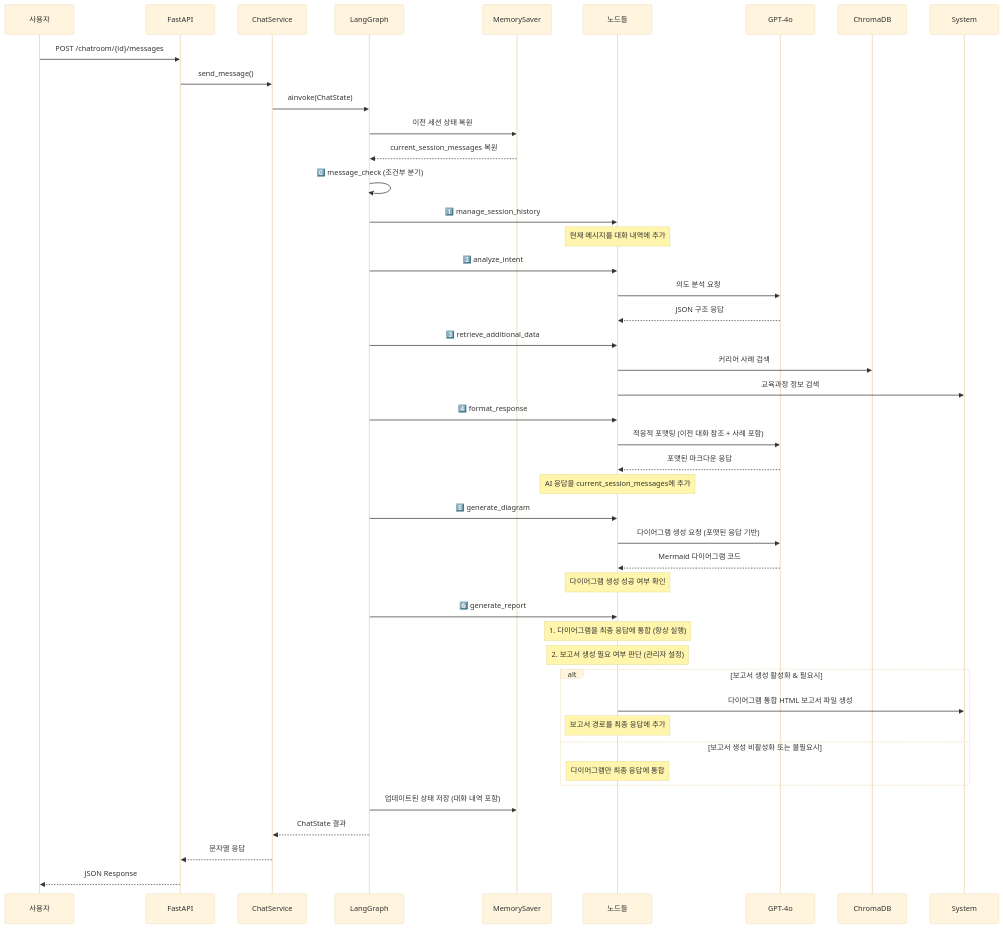
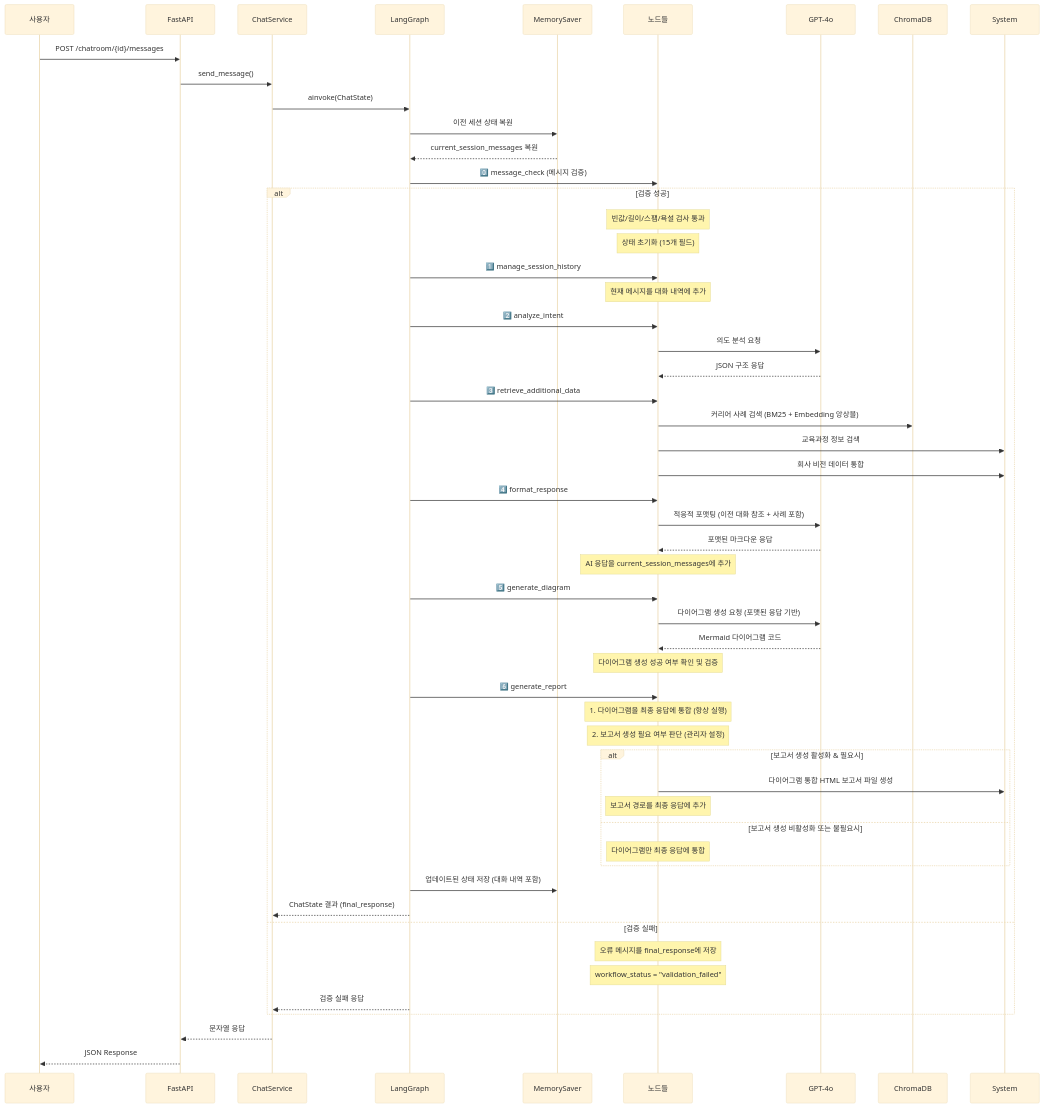
Before and after one commit to SK4toB/g-navi-ai-api: the third of 3 diagrams in README.md, drawn with Mermaid (base theme). The commit also changed other lines of this file and 2 other files, not shown here.

````diff
--- a/README.md
+++ b/README.md
@@ -227,55 +246,66 @@
 ```mermaid
 sequenceDiagram
     participant User as 사용자
     participant API as FastAPI
     participant Service as ChatService
     participant Graph as LangGraph
     participant MemorySaver as MemorySaver
     participant Nodes as 노드들
     participant LLM as GPT-4o
     
     User->>API: POST /chatroom/{id}/messages
     API->>Service: send_message()
     Service->>Graph: ainvoke(ChatState)
     
     Graph->>MemorySaver: 이전 세션 상태 복원
     MemorySaver-->>Graph: current_session_messages 복원
     
-    Graph->>Graph: 0️⃣ message_check (조건부 분기)
-    
-    Graph->>Nodes: 1️⃣ manage_session_history
-    Note over Nodes: 현재 메시지를 대화 내역에 추가
-    
-    Graph->>Nodes: 2️⃣ analyze_intent
-    Nodes->>LLM: 의도 분석 요청
-    LLM-->>Nodes: JSON 구조 응답
-    
-    Graph->>Nodes: 3️⃣ retrieve_additional_data
-    Nodes->>ChromaDB: 커리어 사례 검색
-    Nodes->>System: 교육과정 정보 검색
-    
-    Graph->>Nodes: 4️⃣ format_response
-    Nodes->>LLM: 적응적 포맷팅 (이전 대화 참조 + 사례 포함)
-    LLM-->>Nodes: 포맷된 마크다운 응답
-    Note over Nodes: AI 응답을 current_session_messages에 추가
-    
-    Graph->>Nodes: 5️⃣ generate_diagram
-    Nodes->>LLM: 다이어그램 생성 요청 (포맷된 응답 기반)
-    LLM-->>Nodes: Mermaid 다이어그램 코드
-    Note over Nodes: 다이어그램 생성 성공 여부 확인
-    
-    Graph->>Nodes: 6️⃣ generate_report
-    Note over Nodes: 1. 다이어그램을 최종 응답에 통합 (항상 실행)
-    Note over Nodes: 2. 보고서 생성 필요 여부 판단 (관리자 설정)
-    alt 보고서 생성 활성화 & 필요시
-        Nodes->>System: 다이어그램 통합 HTML 보고서 파일 생성
-        Note over Nodes: 보고서 경로를 최종 응답에 추가
-    else 보고서 생성 비활성화 또는 불필요시
-        Note over Nodes: 다이어그램만 최종 응답에 통합
+    Graph->>Nodes: 0️⃣ message_check (메시지 검증)
+    alt 검증 성공
+        Note over Nodes: 빈값/길이/스팸/욕설 검사 통과
+        Note over Nodes: 상태 초기화 (15개 필드)
+        
+        Graph->>Nodes: 1️⃣ manage_session_history
+        Note over Nodes: 현재 메시지를 대화 내역에 추가
+        
+        Graph->>Nodes: 2️⃣ analyze_intent
+        Nodes->>LLM: 의도 분석 요청
+        LLM-->>Nodes: JSON 구조 응답
+        
+        Graph->>Nodes: 3️⃣ retrieve_additional_data
+        Nodes->>ChromaDB: 커리어 사례 검색 (BM25 + Embedding 앙상블)
+        Nodes->>System: 교육과정 정보 검색
+        Nodes->>System: 회사 비전 데이터 통합
+        
+        Graph->>Nodes: 4️⃣ format_response
+        Nodes->>LLM: 적응적 포맷팅 (이전 대화 참조 + 사례 포함)
+        LLM-->>Nodes: 포맷된 마크다운 응답
+        Note over Nodes: AI 응답을 current_session_messages에 추가
+        
+        Graph->>Nodes: 5️⃣ generate_diagram
+        Nodes->>LLM: 다이어그램 생성 요청 (포맷된 응답 기반)
+        LLM-->>Nodes: Mermaid 다이어그램 코드
+        Note over Nodes: 다이어그램 생성 성공 여부 확인 및 검증
+        
+        Graph->>Nodes: 6️⃣ generate_report
+        Note over Nodes: 1. 다이어그램을 최종 응답에 통합 (항상 실행)
+        Note over Nodes: 2. 보고서 생성 필요 여부 판단 (관리자 설정)
+        alt 보고서 생성 활성화 & 필요시
+            Nodes->>System: 다이어그램 통합 HTML 보고서 파일 생성
+            Note over Nodes: 보고서 경로를 최종 응답에 추가
+        else 보고서 생성 비활성화 또는 불필요시
+            Note over Nodes: 다이어그램만 최종 응답에 통합
+        end
+        
+        Graph->>MemorySaver: 업데이트된 상태 저장 (대화 내역 포함)
+        Graph-->>Service: ChatState 결과 (final_response)
+        
+    else 검증 실패
+        Note over Nodes: 오류 메시지를 final_response에 저장
+        Note over Nodes: workflow_status = "validation_failed"
+        Graph-->>Service: 검증 실패 응답
     end
     
-    Graph->>MemorySaver: 업데이트된 상태 저장 (대화 내역 포함)
-    Graph-->>Service: ChatState 결과
     Service-->>API: 문자열 응답
     API-->>User: JSON Response
 ```
````
